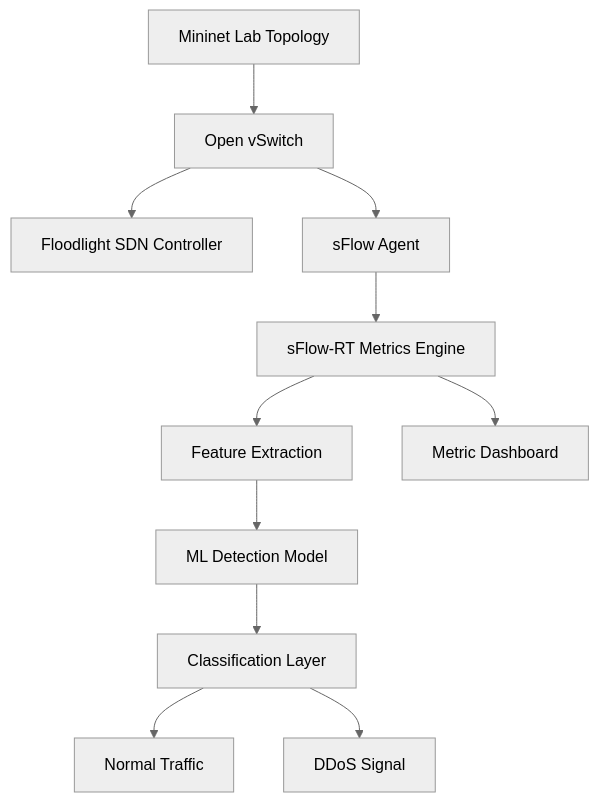
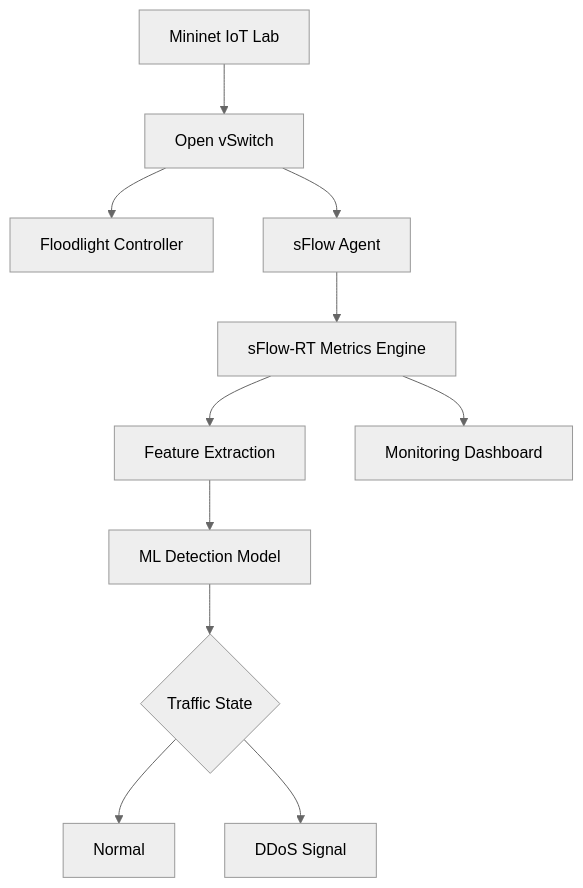
The first of 3 diagrams in README.md (ns7523/DDoS-attack-in-IoT-Real-Time), drawn with Mermaid (neutral theme) before and after one commit. The commit also changed other lines of this file, not shown here.

````diff
--- a/README.md
+++ b/README.md
@@ -80,13 +127,13 @@
 ```mermaid
 flowchart TD
-    A[Mininet Lab Topology] --> B[Open vSwitch]
-    B --> C[Floodlight SDN Controller]
+    A[Mininet IoT Lab] --> B[Open vSwitch]
+    B --> C[Floodlight Controller]
     B --> D[sFlow Agent]
     D --> E[sFlow-RT Metrics Engine]
     E --> F[Feature Extraction]
     F --> G[ML Detection Model]
-    G --> H[Classification Layer]
-    H --> I[Normal Traffic]
+    G --> H{Traffic State}
+    H --> I[Normal]
     H --> J[DDoS Signal]
-    E --> K[Metric Dashboard]
+    E --> K[Monitoring Dashboard]
 ```
````
